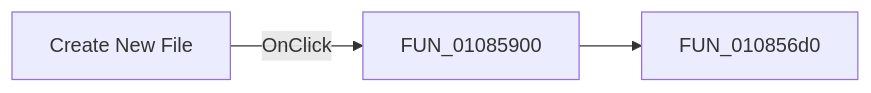
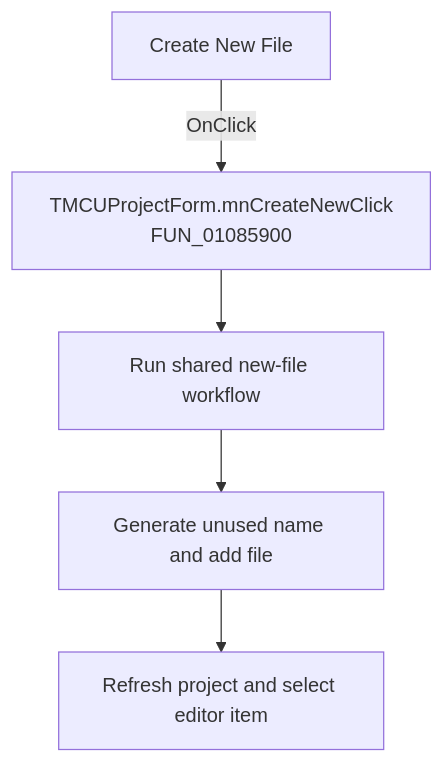
One commit to MovGP0/TIARA changed the diagram in docs/ui-controls/mcuprojectform/mncreatenew-98f938cd71.md. Above: the diagram before and after it, drawn with Mermaid. The commit also changed other lines of this file and 1062 other files, not shown here.

````diff
--- a/docs/ui-controls/mcuprojectform/mncreatenew-98f938cd71.md
+++ b/docs/ui-controls/mcuprojectform/mncreatenew-98f938cd71.md
@@ -27,5 +27,7 @@
 ```mermaid
-flowchart LR
-    control["Create New File"] -->|OnClick| handler["FUN_01085900"]
-    handler --> call1["FUN_010856d0"]
+flowchart TD
+    control["Create New File"] -->|OnClick| handler["TMCUProjectForm.mnCreateNewClick<br/>FUN_01085900"]
+    handler --> create["Run shared new-file workflow"]
+    create --> file["Generate unused name and add file"]
+    file --> refresh["Refresh project and select editor item"]
 ```
````
